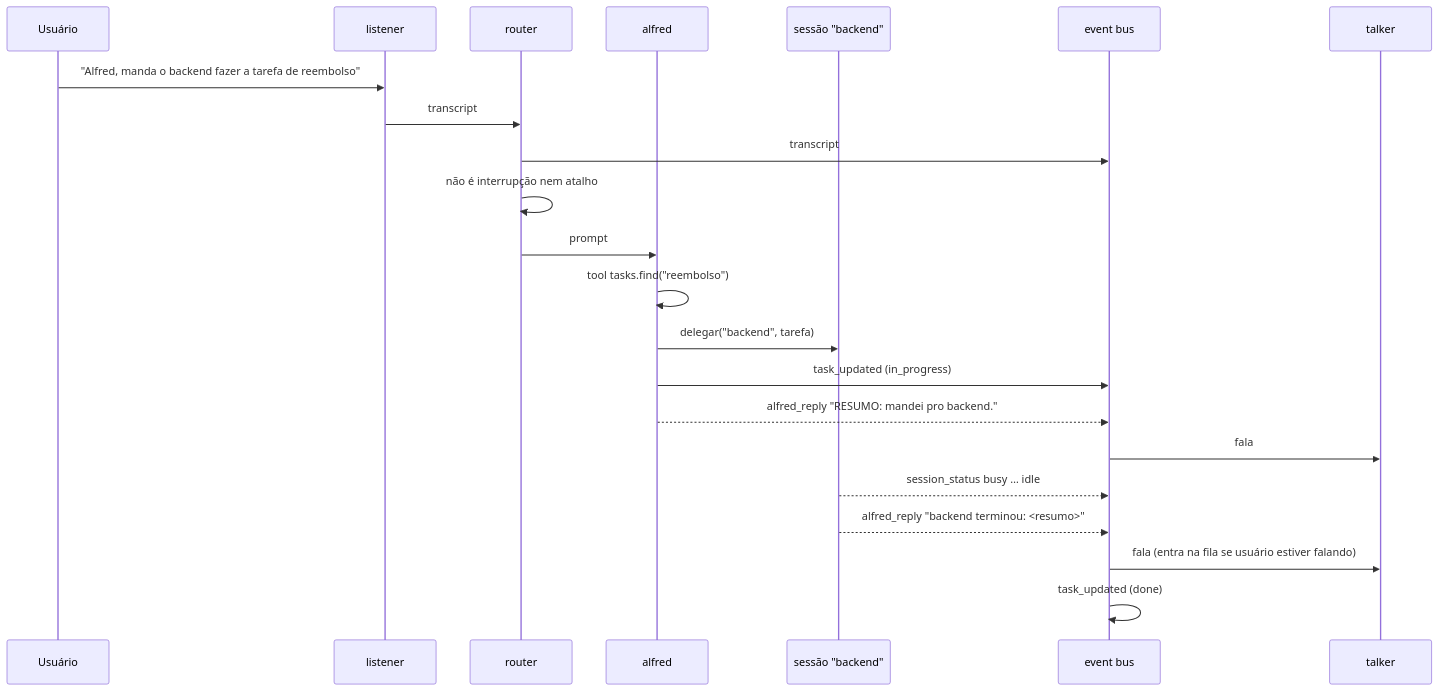
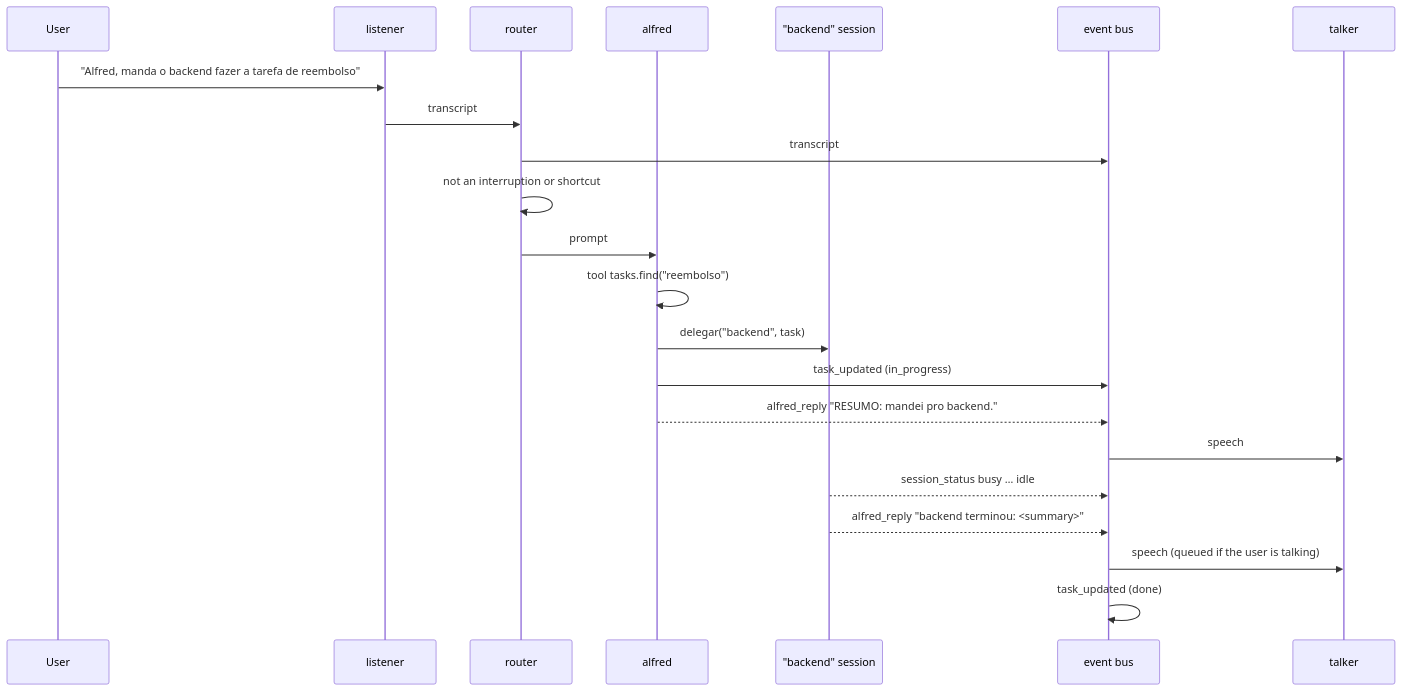
One commit to NavesDev/AlfredAgent changed the third of 5 diagrams in docs/ARCHITECTURE.md. Above: the diagram before and after it, drawn with Mermaid. The commit also changed other lines of this file and 22 other files, not shown here.

First line of the commit message:
docs: translate specs, requirements, architecture, design and ADRs to English

````diff
--- a/docs/ARCHITECTURE.md
+++ b/docs/ARCHITECTURE.md
@@ -123,25 +123,25 @@
 ```mermaid
 sequenceDiagram
-    participant U as Usuário
+    participant U as User
     participant L as listener
     participant R as router
     participant A as alfred
-    participant S as sessão "backend"
+    participant S as "backend" session
     participant B as event bus
     participant T as talker
 
     U->>L: "Alfred, manda o backend fazer a tarefa de reembolso"
     L->>R: transcript
     R->>B: transcript
-    R->>R: não é interrupção nem atalho
+    R->>R: not an interruption or shortcut
     R->>A: prompt
     A->>A: tool tasks.find("reembolso")
-    A->>S: delegar("backend", tarefa)
+    A->>S: delegar("backend", task)
     A->>B: task_updated (in_progress)
     A-->>B: alfred_reply "RESUMO: mandei pro backend."
-    B->>T: fala
+    B->>T: speech
     S-->>B: session_status busy … idle
-    S-->>B: alfred_reply "backend terminou: <resumo>"
-    B->>T: fala (entra na fila se usuário estiver falando)
+    S-->>B: alfred_reply "backend terminou: <summary>"
+    B->>T: speech (queued if the user is talking)
     B->>B: task_updated (done)
 ```
````
